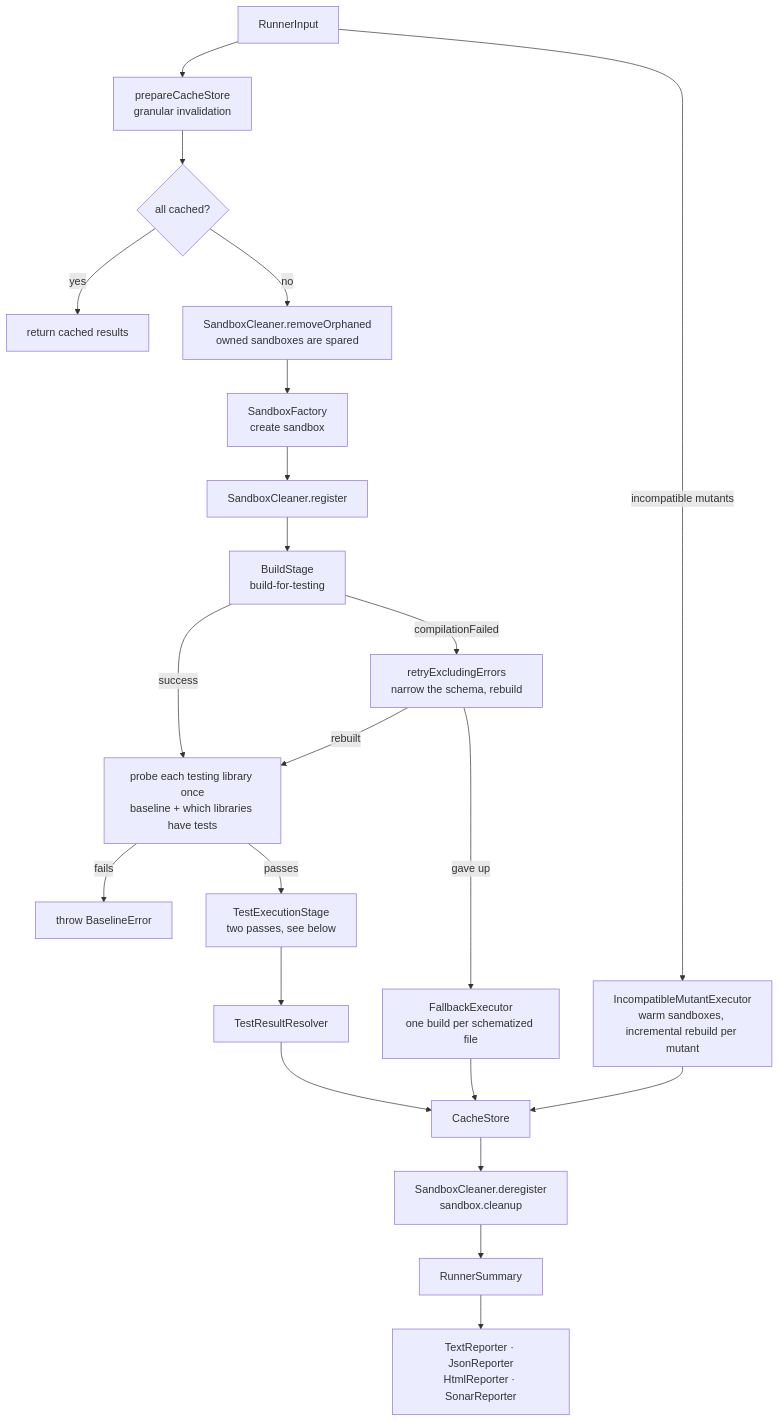
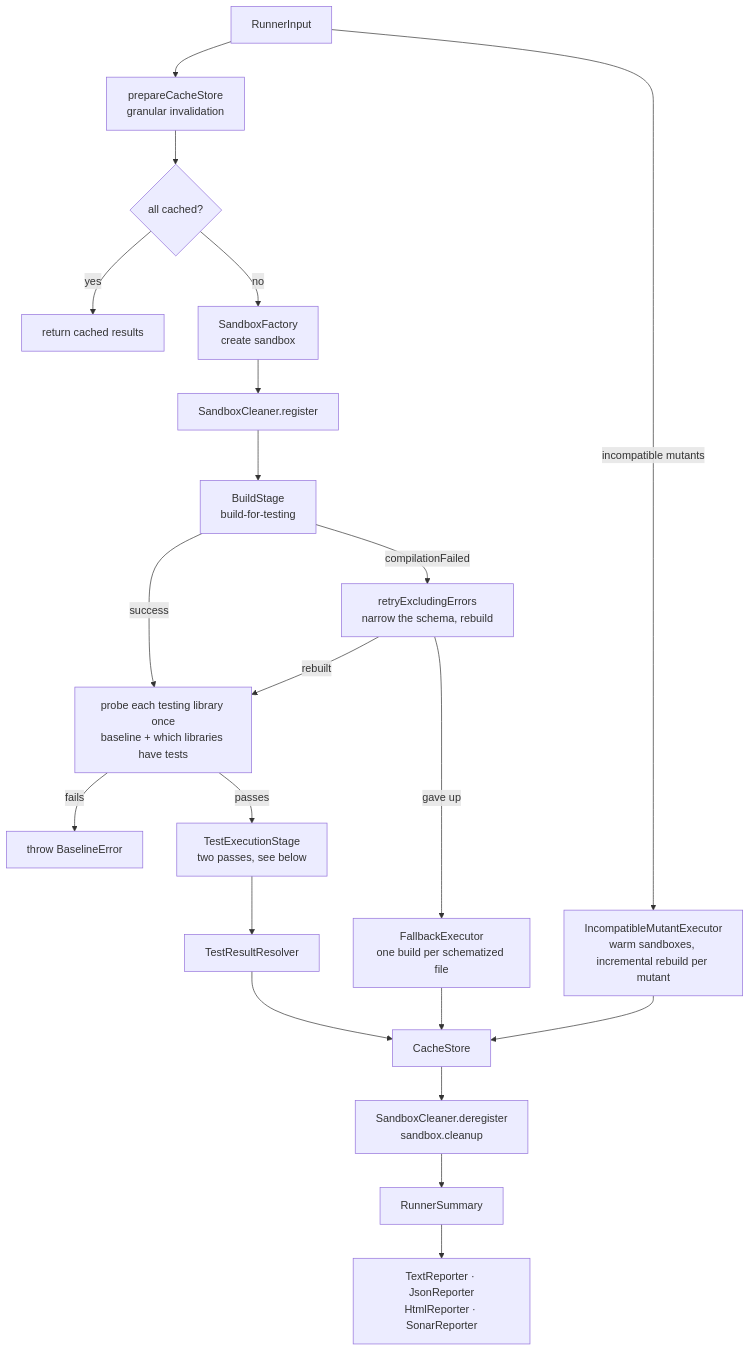
Before and after one commit to C24-Bank/swift-mutation-testing: the first of 6 diagrams in Docs/Architecture/03-execution.md, drawn with Mermaid. The commit also changed other lines of this file and 4 other files, not shown here.

````diff
--- a/Docs/Architecture/03-execution.md
+++ b/Docs/Architecture/03-execution.md
@@ -11,24 +11,23 @@
 ```mermaid
 flowchart TD
     IN[RunnerInput] --> PREP[prepareCacheStore\ngranular invalidation]
     PREP --> ALLCACHED{all cached?}
     ALLCACHED -- yes --> RETURN[return cached results]
-    ALLCACHED -- no --> CLEAN[SandboxCleaner.removeOrphaned\nowned sandboxes are spared]
-    CLEAN --> SF[SandboxFactory\ncreate sandbox]
+    ALLCACHED -- no --> SF[SandboxFactory\ncreate sandbox]
     SF --> REG[SandboxCleaner.register]
     REG --> BS[BuildStage\nbuild-for-testing]
     BS -- compilationFailed --> RETRY[retryExcludingErrors\nnarrow the schema, rebuild]
     RETRY -- gave up --> FBP[FallbackExecutor\none build per schematized file]
     BS -- success --> PROBE[probe each testing library once\nbaseline + which libraries have tests]
     RETRY -- rebuilt --> PROBE
     PROBE -- fails --> ABORT[throw BaselineError]
     PROBE -- passes --> TES[TestExecutionStage\ntwo passes, see below]
     TES --> TR[TestResultResolver]
     TR --> CACHE[CacheStore]
     FBP --> CACHE
     IN -- incompatible mutants --> IME[IncompatibleMutantExecutor\nwarm sandboxes, incremental rebuild per mutant]
     IME --> CACHE
     CACHE --> DEREG[SandboxCleaner.deregister\nsandbox.cleanup]
     DEREG --> SUM[RunnerSummary]
     SUM --> REPORTERS[TextReporter · JsonReporter\nHtmlReporter · SonarReporter]
 ```
````
